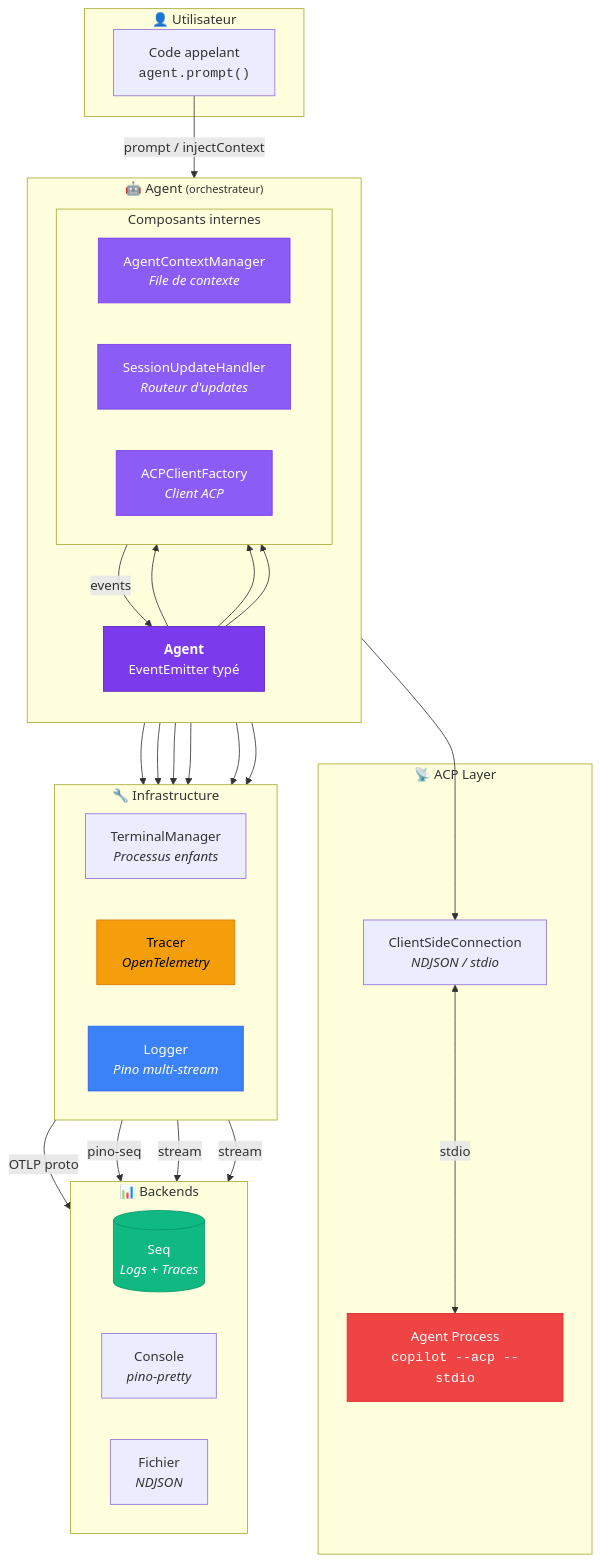
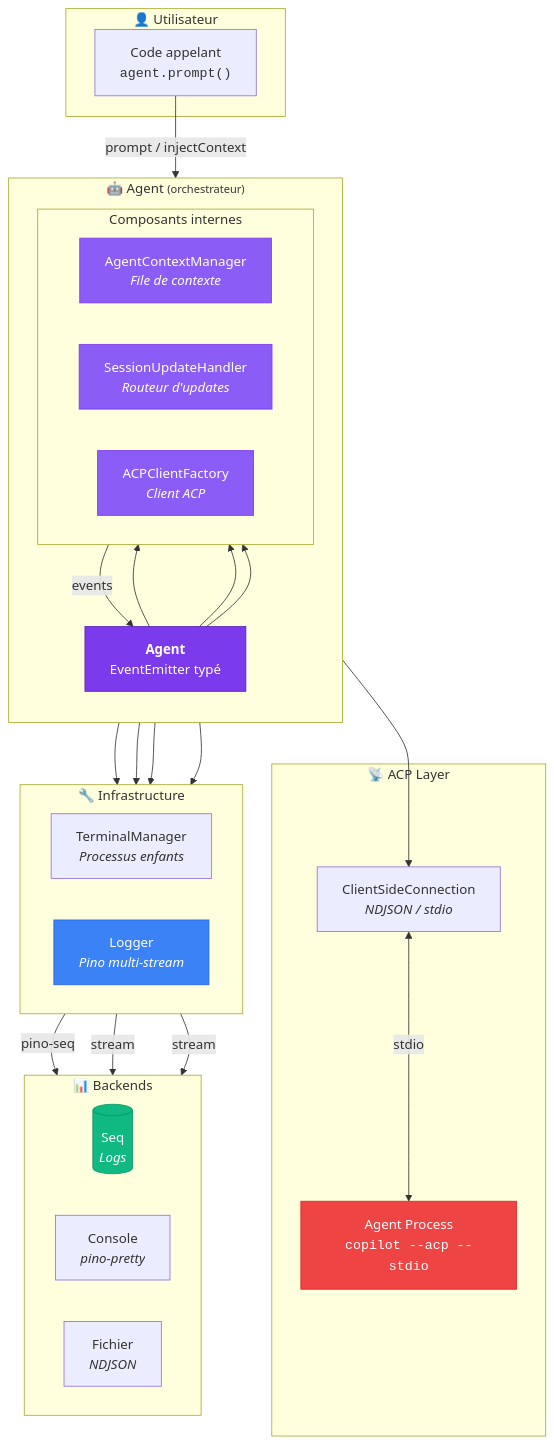
Before and after one commit to atinseau/stark: the first of 5 diagrams in docs/architecture/overview.md, drawn with Mermaid. The commit also changed other lines of this file and 13 other files, not shown here.

````diff
--- a/docs/architecture/overview.md
+++ b/docs/architecture/overview.md
@@ -22,67 +22,62 @@
 ```mermaid
 graph TB
     subgraph "👤 Utilisateur"
         USER[Code appelant<br/><code>agent.prompt&lpar;&rpar;</code>]
     end
 
     subgraph "🤖 Agent <small>(orchestrateur)</small>"
         direction TB
         AGENT[<b>Agent</b><br/>EventEmitter typé]
 
         subgraph "Composants internes"
             direction LR
             CTX[AgentContextManager<br/><em>File de contexte</em>]
             SUH[SessionUpdateHandler<br/><em>Routeur d'updates</em>]
             ACF[ACPClientFactory<br/><em>Client ACP</em>]
         end
 
         AGENT --> CTX
         AGENT --> SUH
         AGENT --> ACF
     end
 
     subgraph "🔧 Infrastructure"
         direction LR
         TM[TerminalManager<br/><em>Processus enfants</em>]
-        TRACER[Tracer<br/><em>OpenTelemetry</em>]
         LOGGER[Logger<br/><em>Pino multi-stream</em>]
     end
 
     subgraph "📡 ACP Layer"
         CONN[ClientSideConnection<br/><em>NDJSON / stdio</em>]
         PROC[Agent Process<br/><code>copilot --acp --stdio</code>]
     end
 
     subgraph "📊 Backends"
         direction LR
-        SEQ[(Seq<br/><em>Logs + Traces</em>)]
+        SEQ[(Seq<br/><em>Logs</em>)]
         CONSOLE[Console<br/><em>pino-pretty</em>]
         FILE[Fichier<br/><em>NDJSON</em>]
     end
 
     USER -->|prompt / injectContext| AGENT
     AGENT --> TM
-    AGENT --> TRACER
     AGENT --> LOGGER
     ACF --> CONN
     CONN <-->|stdio| PROC
     ACF --> TM
 
-    TRACER -->|OTLP proto| SEQ
     LOGGER -->|pino-seq| SEQ
     LOGGER -->|stream| CONSOLE
     LOGGER -->|stream| FILE
 
     SUH -->|events| AGENT
     SUH --> LOGGER
-    SUH --> TRACER
 
     style AGENT fill:#7c3aed,stroke:#5b21b6,color:#fff
-    style TRACER fill:#f59e0b,stroke:#d97706,color:#000
     style LOGGER fill:#3b82f6,stroke:#2563eb,color:#fff
     style SEQ fill:#10b981,stroke:#059669,color:#fff
     style PROC fill:#ef4444,stroke:#dc2626,color:#fff
     style CTX fill:#8b5cf6,stroke:#7c3aed,color:#fff
     style SUH fill:#8b5cf6,stroke:#7c3aed,color:#fff
     style ACF fill:#8b5cf6,stroke:#7c3aed,color:#fff
 ```
````
